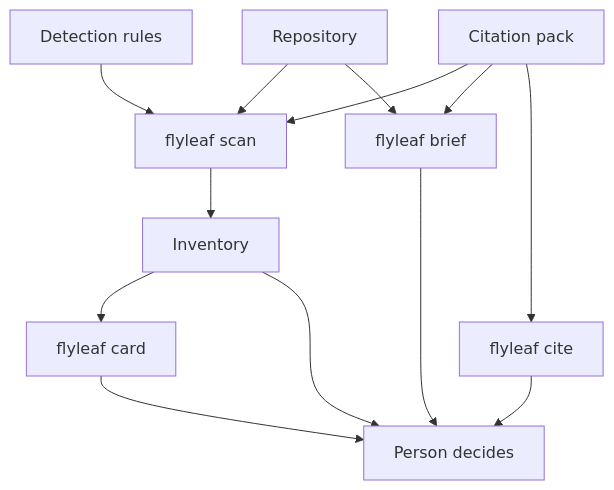
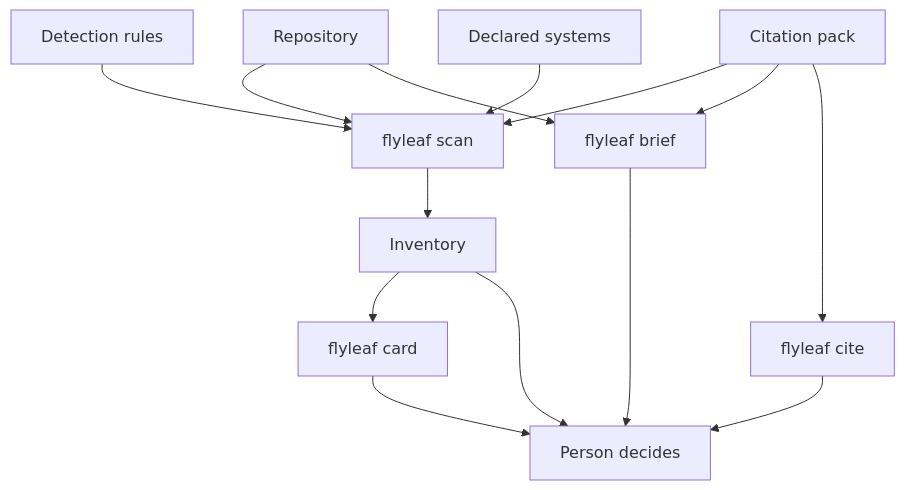
Before and after one commit to krishyaid-coder/flyleaf: the first of 5 diagrams in README.md, drawn with Mermaid. The commit also changed other lines of this file and 10 other files, not shown here.

````diff
--- a/README.md
+++ b/README.md
@@ -17,25 +17,27 @@
 ```mermaid
 flowchart TD
   repo[Repository]
   rules[Detection rules]
   pack[Citation pack]
+  declared[Declared systems]
   scan[flyleaf scan]
   inventory[Inventory]
   brief[flyleaf brief]
   card[flyleaf card]
   cite[flyleaf cite]
   person[Person decides]
 
   repo --> scan
   rules --> scan
   pack --> scan
+  declared --> scan
   scan --> inventory
   repo --> brief
   pack --> brief
   inventory --> card
   pack --> cite
   inventory --> person
   brief --> person
   card --> person
   cite --> person
 ```
````
